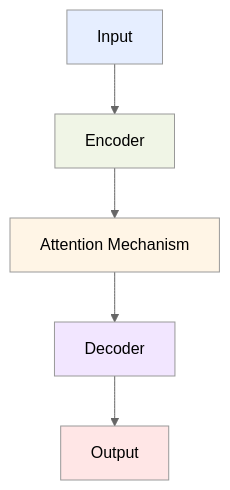
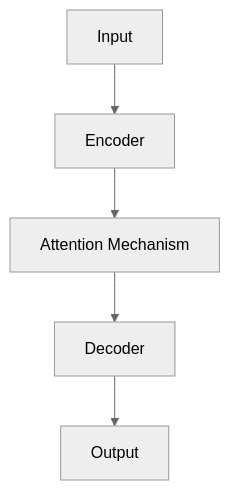
Before and after one commit to CloudCityPress/aws-aif-c01: the second of 5 diagrams in english/20_10_Basic_concepts_of_generative_AI.md, drawn with Mermaid (neutral theme). The commit also changed other lines of this file and 16 other files, not shown here.

Commit message:
updating Mermaids

````diff
--- a/english/20_10_Basic_concepts_of_generative_AI.md
+++ b/english/20_10_Basic_concepts_of_generative_AI.md
@@ -49,12 +45,7 @@
 ```mermaid
 flowchart TD
     A[Input] --> B[Encoder]
     B --> C[Attention Mechanism]
     C --> D[Decoder]
     D --> E[Output]
-    style A fill:#e6eeff
-    style B fill:#f0f5e6
-    style C fill:#fff5e6
-    style D fill:#f2e6ff
-    style E fill:#ffe6e6
 ```
````
